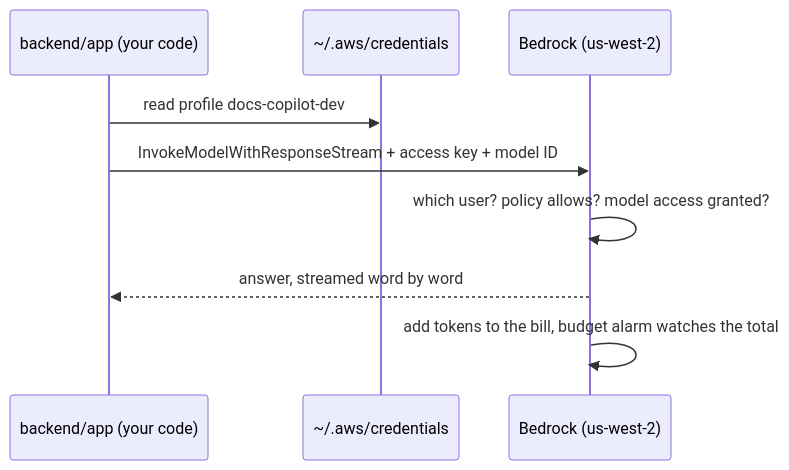
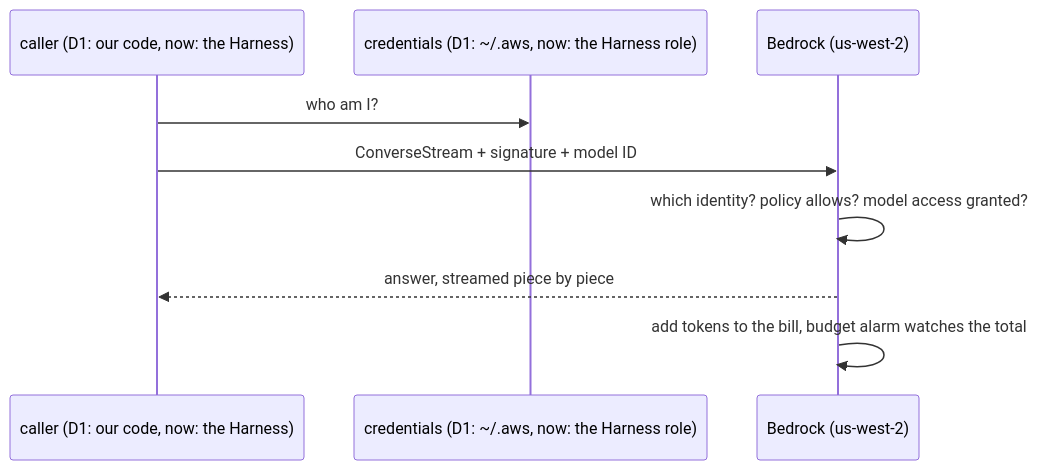
Before and after one commit to yashzord/Docs_Copilot: the second of 5 diagrams in docs/learning/aws.md, drawn with Mermaid. The commit also changed other lines of this file and 10 other files, not shown here.

````diff
--- a/docs/learning/aws.md
+++ b/docs/learning/aws.md
@@ -228,11 +247,11 @@
 ```mermaid
 sequenceDiagram
-    participant C as backend/app (your code)
-    participant F as ~/.aws/credentials
+    participant C as caller (D1: our code, now: the Harness)
+    participant F as credentials (D1: ~/.aws, now: the Harness role)
     participant B as Bedrock (us-west-2)
-    C->>F: read profile docs-copilot-dev
-    C->>B: InvokeModelWithResponseStream + access key + model ID
-    B->>B: which user? policy allows? model access granted?
-    B-->>C: answer, streamed word by word
+    C->>F: who am I?
+    C->>B: ConverseStream + signature + model ID
+    B->>B: which identity? policy allows? model access granted?
+    B-->>C: answer, streamed piece by piece
     B->>B: add tokens to the bill, budget alarm watches the total
 ```
````
